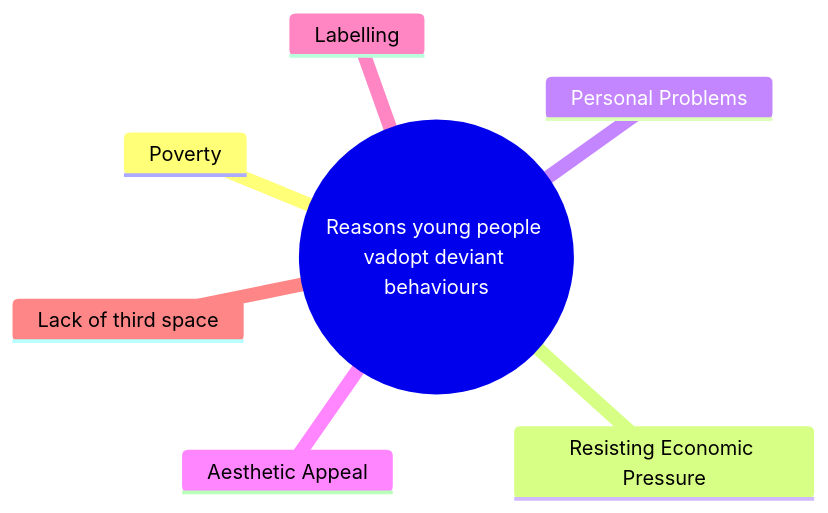
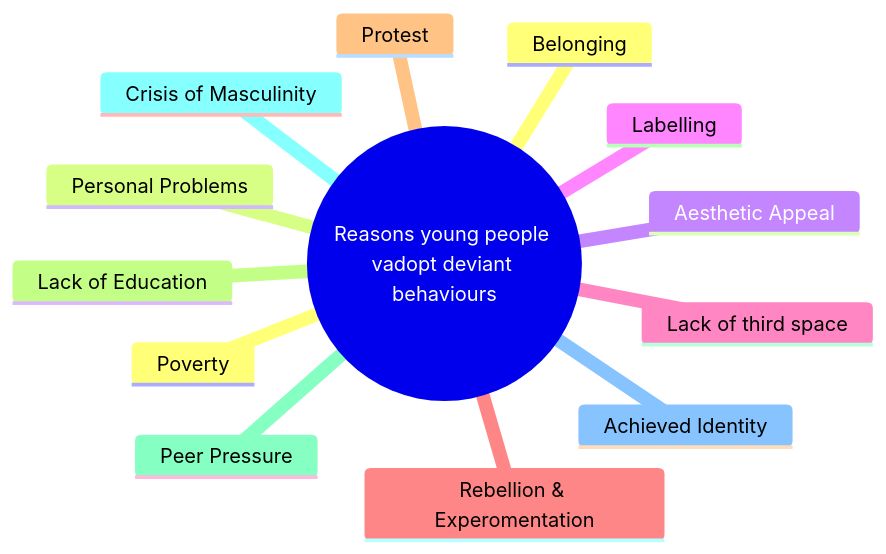
The second of 2 diagrams in School/The Vault (TM)/School/Sociology/Summary Notes/Youth Culture.md (floreidev/vault), drawn with Mermaid before and after one commit. The commit also changed other lines of this file, not shown here.

````diff
--- a/School/The Vault (TM)/School/Sociology/Summary Notes/Youth Culture.md
+++ b/School/The Vault (TM)/School/Sociology/Summary Notes/Youth Culture.md
@@ -338,10 +339,16 @@
 ```mermaid
 mindmap
   root((Reasons young people vadopt deviant behaviours))
     Poverty
-    Resisting Economic Pressure
     Personal Problems
     Aesthetic Appeal
     Labelling
     Lack of third space
+    Rebellion & Experomentation
+    Protest
+    Lack of Education
+    Peer Pressure
+    Crisis of Masculinity
+    Achieved Identity
+    Belonging
 ```
````
